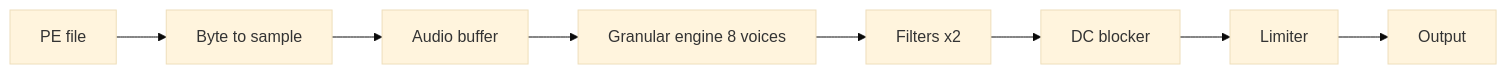
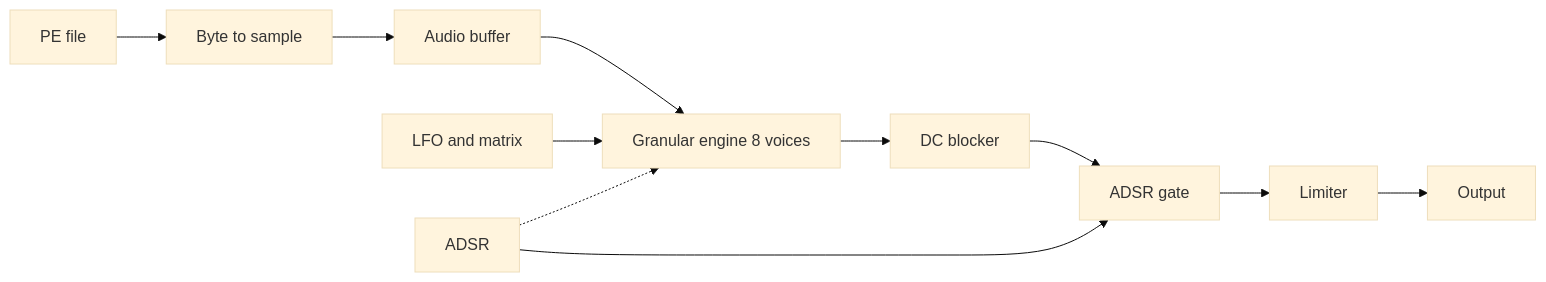
One commit to 9matesu/Opcoda changed the diagram in README.en.md. Above: the diagram before and after it, drawn with Mermaid (base theme). The commit also changed other lines of this file and 75 other files, not shown here.

````diff
--- a/README.en.md
+++ b/README.en.md
@@ -11,10 +11,13 @@
 ```mermaid
 flowchart LR
   A[PE file] --> B[Byte to sample]
   B --> C[Audio buffer]
   C --> D[Granular engine 8 voices]
-  D --> E[Filters x2]
-  E --> F[DC blocker]
+  D --> E[DC blocker]
+  E --> F[ADSR gate]
   F --> G[Limiter]
   G --> H[Output]
+  I[LFO and matrix] --> D
+  J[ADSR] --> F
+  J -.-> D
 ```
````
